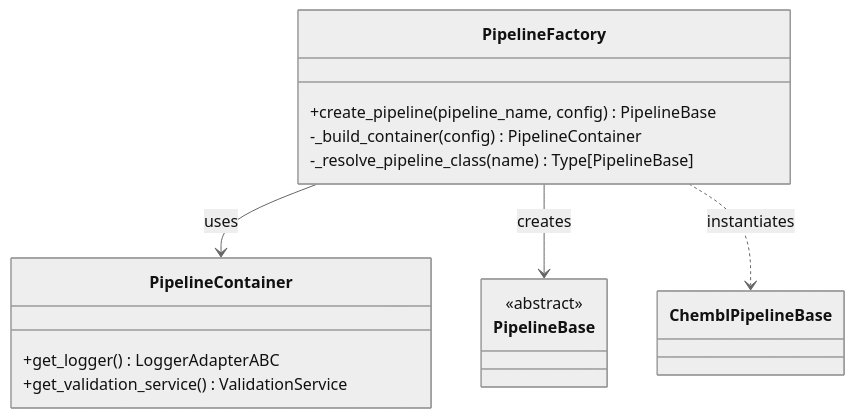
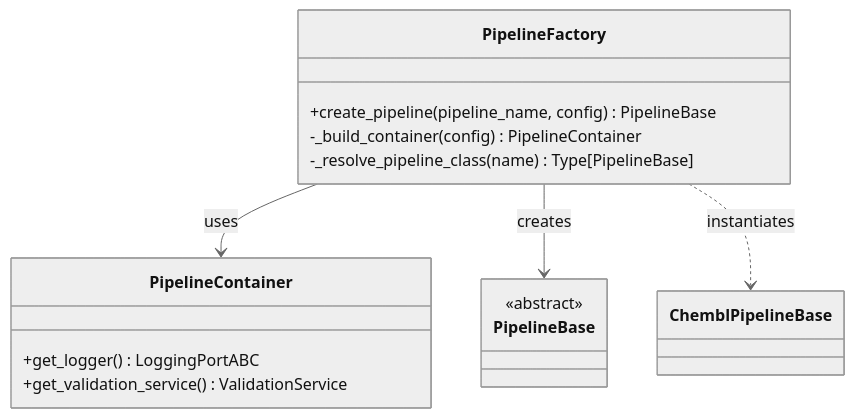
One commit to SatoryKono/BioactivityDataAcquisition changed the ninth of 10 diagrams in docs/architecture/13-class-diagrams-application.md. Above: the diagram before and after it, drawn with Mermaid (neutral theme). The commit also changed other lines of this file and 24 other files, not shown here.

````diff
--- a/docs/architecture/13-class-diagrams-application.md
+++ b/docs/architecture/13-class-diagrams-application.md
@@ -282,24 +282,24 @@
 ```mermaid
 classDiagram
     class PipelineFactory {
         +create_pipeline(pipeline_name, config) PipelineBase
         -_build_container(config) PipelineContainer
         -_resolve_pipeline_class(name) Type[PipelineBase]
     }
 
     class PipelineContainer {
-        +get_logger() LoggerAdapterABC
+        +get_logger() LoggingPortABC
         +get_validation_service() ValidationService
     }
 
     class PipelineBase {
         <<abstract>>
     }
 
     class ChemblPipelineBase {
     }
 
     PipelineFactory --> PipelineContainer : uses
     PipelineFactory --> PipelineBase : creates
     PipelineFactory ..> ChemblPipelineBase : instantiates
 ```
````
